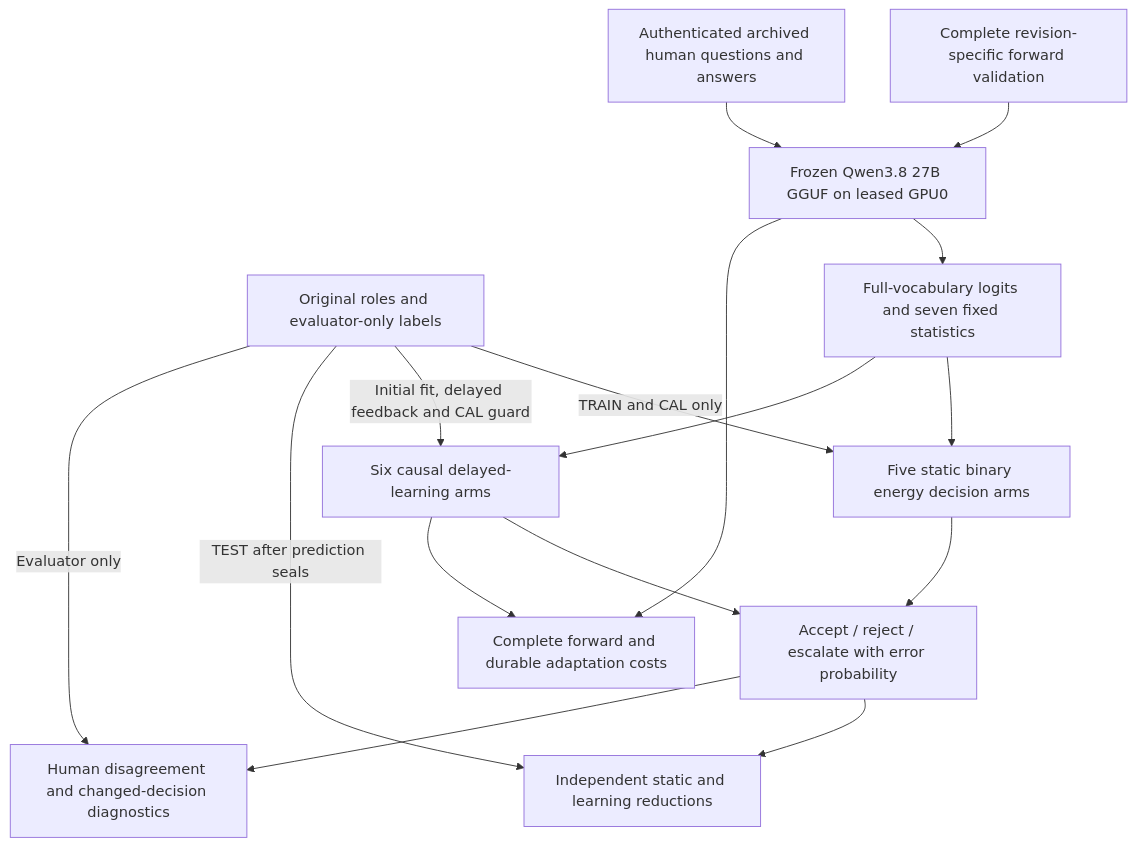
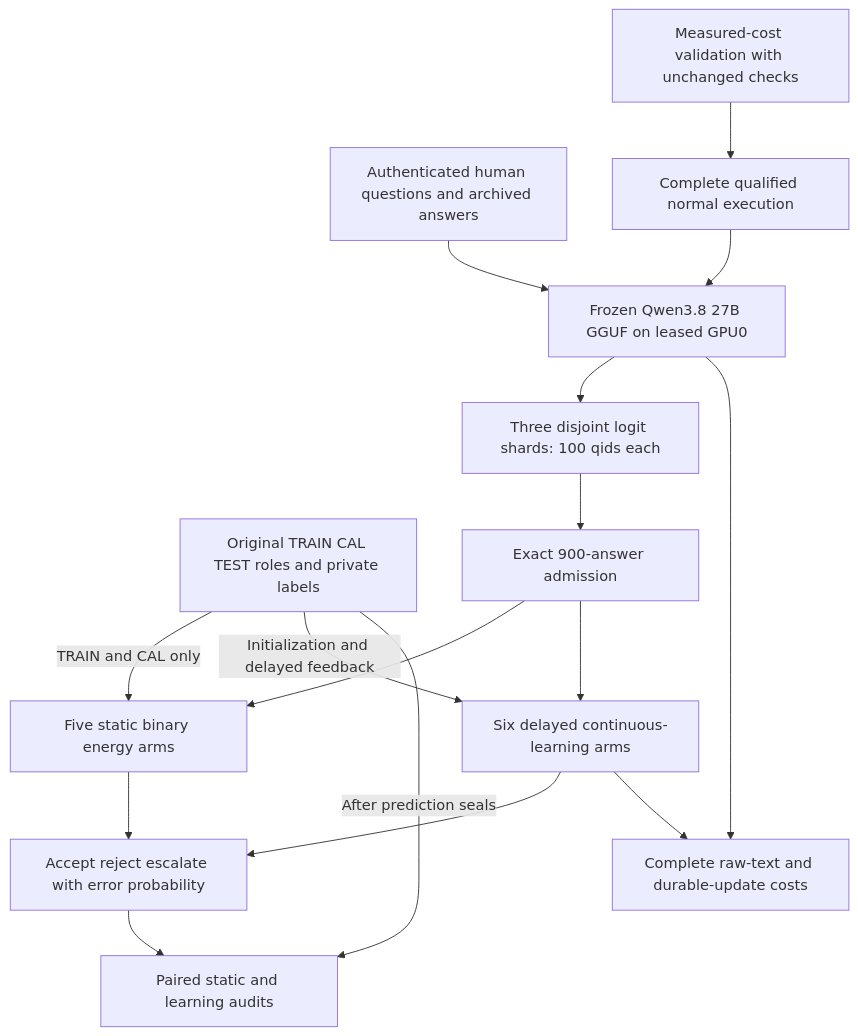
The first of 2 diagrams in openspec/change-proposals/research-roadmap-vNEXT.md (Carnot-EBM/carnot-ebm), drawn with Mermaid before and after one commit. The commit also changed other lines of this file and 19 other files, not shown here.

````diff
--- a/openspec/change-proposals/research-roadmap-vNEXT.md
+++ b/openspec/change-proposals/research-roadmap-vNEXT.md
@@ -75,26 +88,25 @@
 ```mermaid
 flowchart TD
-  H[Authenticated archived human questions and answers]
-  R[Original roles and evaluator-only labels]
-  V[Complete revision-specific forward validation]
+  H[Authenticated human questions and archived answers]
+  R[Original TRAIN CAL TEST roles and private labels]
+  P[Measured-cost validation with unchanged checks]
+  V[Complete qualified normal execution]
   Q[Frozen Qwen3.8 27B GGUF on leased GPU0]
-  L[Full-vocabulary logits and seven fixed statistics]
-  S[Five static binary energy decision arms]
-  U[Six causal delayed-learning arms]
-  D[Accept / reject / escalate with error probability]
-  A[Independent static and learning reductions]
-  X[Human disagreement and changed-decision diagnostics]
-  C[Complete forward and durable adaptation costs]
-  V --> Q
-  H --> Q --> L
-  L --> S --> D
-  L --> U --> D
+  L[Three disjoint logit shards: 100 qids each]
+  J[Exact 900-answer admission]
+  S[Five static binary energy arms]
+  U[Six delayed continuous-learning arms]
+  D[Accept reject escalate with error probability]
+  A[Paired static and learning audits]
+  C[Complete raw-text and durable-update costs]
+  P --> V --> Q
+  H --> Q --> L --> J
+  J --> S --> D
+  J --> U --> D
   R -->|TRAIN and CAL only| S
-  R -->|Initial fit, delayed feedback and CAL guard| U
-  R -->|TEST after prediction seals| A
-  R -->|Evaluator only| X
+  R -->|Initialization and delayed feedback| U
+  R -->|After prediction seals| A
   D --> A
-  D --> X
   Q --> C
   U --> C
 ```
````
